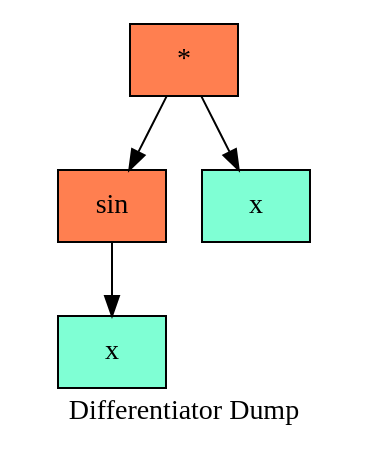
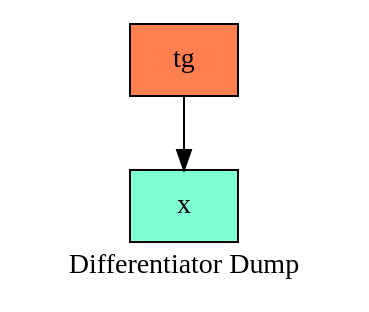
The diagram in log/dot/treegraph_0.dot (aidenfmunro/Differentiator), drawn with Graphviz before and after one commit. The commit also changed 6 other files, not shown here.

```diff
--- a/log/dot/treegraph_0.dot
+++ b/log/dot/treegraph_0.dot
@@ -1,13 +1,9 @@
   digraph tree  {
   node[   shape     = "Mrecord",  style     = "filled",  fillcolor = "aqua",  fontcolor = "#000000",  margin    = "0.075"];
   rankdir   = "TB";
 
   label     = "Differentiator Dump";
-"node0" [shape = "record", label = "{*}", fillcolor = "coral"]
-"node1" [shape = "record", label = "{sin}", fillcolor = "coral"]
-"node2" [shape = "record", label = "{x}", fillcolor = "aquamarine"]
-"node1" -> "node2"
+"node0" [shape = "record", label = "{tg}", fillcolor = "coral"]
+"node1" [shape = "record", label = "{x}", fillcolor = "aquamarine"]
 "node0" -> "node1"
-"node3" [shape = "record", label = "{x}", fillcolor = "aquamarine"]
-"node0" -> "node3"
   }
```
